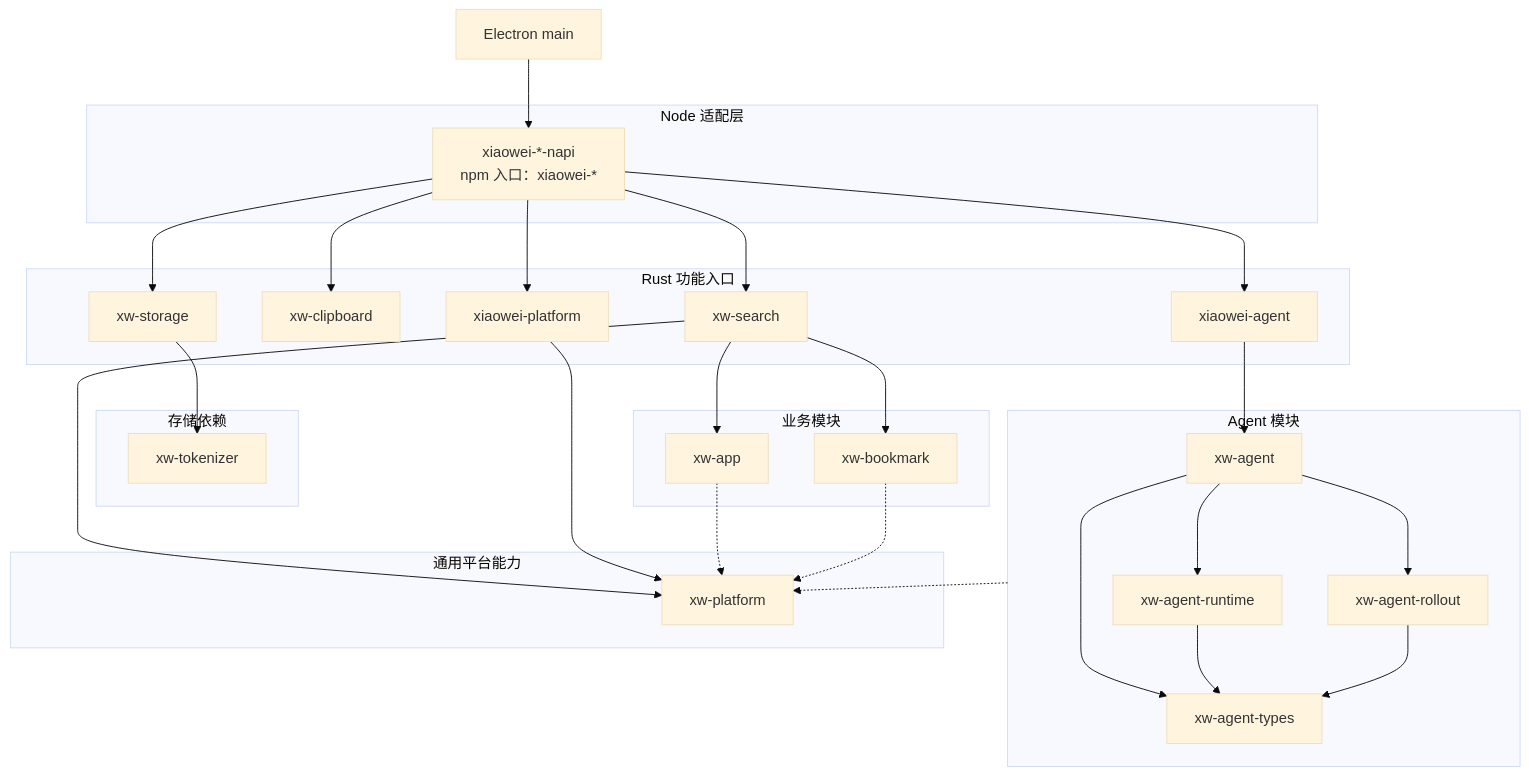
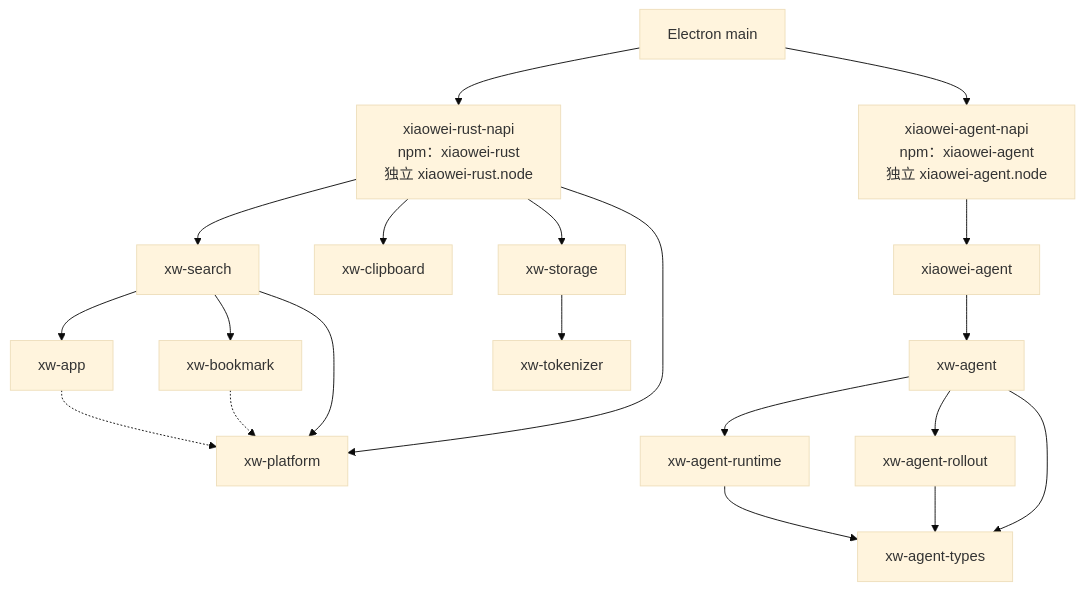
Before and after one commit to tctony-labs/xiaowei: the diagram in docs/workspace.md, drawn with Mermaid (base theme). The commit also changed other lines of this file and 127 other files, not shown here.

````diff
--- a/docs/workspace.md
+++ b/docs/workspace.md
@@ -37,60 +37,28 @@
 ```mermaid
 flowchart TB
     Main["Electron main"]
+    RustNapi["xiaowei-rust-napi<br/>npm：xiaowei-rust<br/>独立 xiaowei-rust.node"]
+    AgentNapi["xiaowei-agent-napi<br/>npm：xiaowei-agent<br/>独立 xiaowei-agent.node"]
 
-    subgraph NodeLayer["Node 适配层"]
-        Napi["xiaowei-*-napi<br/>npm 入口：xiaowei-*"]
-    end
+    Main --> RustNapi
+    Main --> AgentNapi
+    RustNapi --> Search["xw-search"]
+    RustNapi --> Clipboard["xw-clipboard"]
+    RustNapi --> Storage["xw-storage"]
+    RustNapi --> PlatformCore["xw-platform"]
+    AgentNapi --> Agent["xiaowei-agent"]
 
-    subgraph FeatureLayer["Rust 功能入口"]
-        Search["xw-search"]
-        Clipboard["xw-clipboard"]
-        Storage["xw-storage"]
-        Agent["xiaowei-agent"]
-        Platform["xiaowei-platform"]
-    end
-
-    subgraph BusinessLayer["业务模块"]
-        Apps["xw-app"]
-        Bookmarks["xw-bookmark"]
-    end
-
-    subgraph StorageLayer["存储依赖"]
-        Tokenizer["xw-tokenizer"]
-    end
-
-    subgraph AgentLayer["Agent 模块"]
-        AgentCore["xw-agent"]
-        Runtime["xw-agent-runtime"]
-        Rollout["xw-agent-rollout"]
-        Types["xw-agent-types"]
-    end
-
-    subgraph PlatformLayer["通用平台能力"]
-        PlatformCore["xw-platform"]
-    end
-
-    Main --> Napi
-    Napi --> Search
-    Napi --> Clipboard
-    Napi --> Storage
-    Napi --> Agent
-    Napi --> Platform
-
-    Search --> Apps
-    Search --> Bookmarks
+    Search --> Apps["xw-app"]
+    Search --> Bookmarks["xw-bookmark"]
     Search --> PlatformCore
-    Storage --> Tokenizer
-    Agent --> AgentCore
-    Platform --> PlatformCore
-
-    AgentCore --> Runtime
-    AgentCore --> Rollout
-    AgentCore --> Types
+    Storage --> Tokenizer["xw-tokenizer"]
+    Agent --> AgentCore["xw-agent"]
+    AgentCore --> Runtime["xw-agent-runtime"]
+    AgentCore --> Rollout["xw-agent-rollout"]
+    AgentCore --> Types["xw-agent-types"]
     Runtime --> Types
     Rollout --> Types
 
-    AgentLayer -.-> PlatformCore
     Apps -.-> PlatformCore
     Bookmarks -.-> PlatformCore
 ```
````
